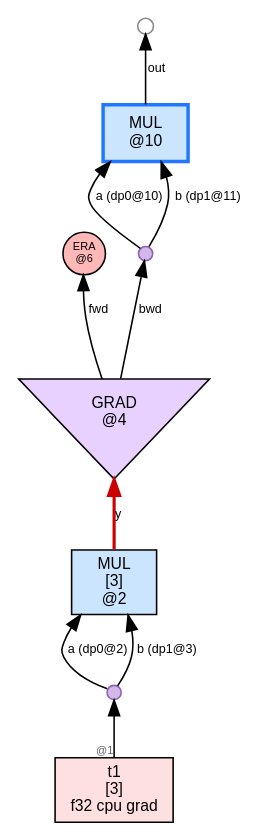
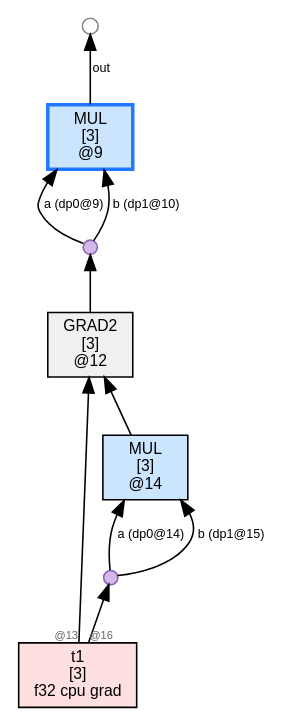
The diagram in wl/examples/thvm_graphs/grad_rules/chained_compute/thvm_0_pre_reduce.dot (sw1sh/TinyHVM), drawn with Graphviz before and after one commit. The commit also changed 6 other files, not shown here.

```diff
--- a/wl/examples/thvm_graphs/grad_rules/chained_compute/thvm_0_pre_reduce.dot
+++ b/wl/examples/thvm_graphs/grad_rules/chained_compute/thvm_0_pre_reduce.dot
@@ -1,23 +1,22 @@
 digraph G {
   rankdir=BT;
   node [fontname="Helvetica", fontsize=10, style=filled, shape=box, margin="0.1,0.05"];
   edge [fontsize=8, fontname="Helvetica"];
 
-  n2 [label="MUL\n[3]\n@2", shape=box, fillcolor="#cce5ff"];
-  dup1 [label="", shape=circle, width=0.12, height=0.12, fixedsize=true, fillcolor="#d4b8e8", color="#8a63b7", fontsize=1];
+  n12 [label="GRAD2\n[3]\n@12", shape=box, fillcolor="#f0f0f0"];
+  n14 -> n12 [label=""];
   t1 [label="t1\n[3]\nf32 cpu grad",shape=box,fillcolor="#ffe0e0"];
-  t1 -> dup1[label="",taillabel="@1",labelfontsize=7,fontcolor="#666666"];
-  dup1 -> n2 [label="a (dp0@2)"];
-  dup1 -> n2 [label="b (dp1@3)"];
-  era6 [label="ERA\n@6",shape=circle,width=0.38,height=0.38,fixedsize=true,fillcolor="#ffb8b8",fontsize=7];
-  grad4 [label="GRAD\n@4", shape=invtriangle, fillcolor="#e8d0ff"];
-  n2 -> grad4 [label="y",color="#cc0000",penwidth=2.0];
-  grad4 -> era6 [label="fwd"];
-  n10 [label="MUL\n@10", shape=box, fillcolor="#cce5ff",color="#1f78ff",penwidth=2.2];
-  dup12 [label="", shape=circle, width=0.12, height=0.12, fixedsize=true, fillcolor="#d4b8e8", color="#8a63b7", fontsize=1];
-  grad4 -> dup12 [label="bwd"];
-  dup12 -> n10 [label="a (dp0@10)"];
-  dup12 -> n10 [label="b (dp1@11)"];
-  free10_1000 [label="",shape=circle,width=0.14,height=0.14,fixedsize=true,fillcolor="#ffffff",color="#888888",fontsize=1];
-  n10 -> free10_1000 [label="out"];
+  t1 -> n12 [label="",taillabel="@13",labelfontsize=7,fontcolor="#666666"];
+  n14 [label="MUL\n[3]\n@14", shape=box, fillcolor="#cce5ff"];
+  dup16 [label="", shape=circle, width=0.12, height=0.12, fixedsize=true, fillcolor="#d4b8e8", color="#8a63b7", fontsize=1];
+  t1 -> dup16[label="",taillabel="@16",labelfontsize=7,fontcolor="#666666"];
+  dup16 -> n14 [label="a (dp0@14)"];
+  dup16 -> n14 [label="b (dp1@15)"];
+  n9 [label="MUL\n[3]\n@9", shape=box, fillcolor="#cce5ff",color="#1f78ff",penwidth=2.2];
+  dup11 [label="", shape=circle, width=0.12, height=0.12, fixedsize=true, fillcolor="#d4b8e8", color="#8a63b7", fontsize=1];
+  n12 -> dup11;
+  dup11 -> n9 [label="a (dp0@9)"];
+  dup11 -> n9 [label="b (dp1@10)"];
+  free9_1000 [label="",shape=circle,width=0.14,height=0.14,fixedsize=true,fillcolor="#ffffff",color="#888888",fontsize=1];
+  n9 -> free9_1000 [label="out"];
 }
```
